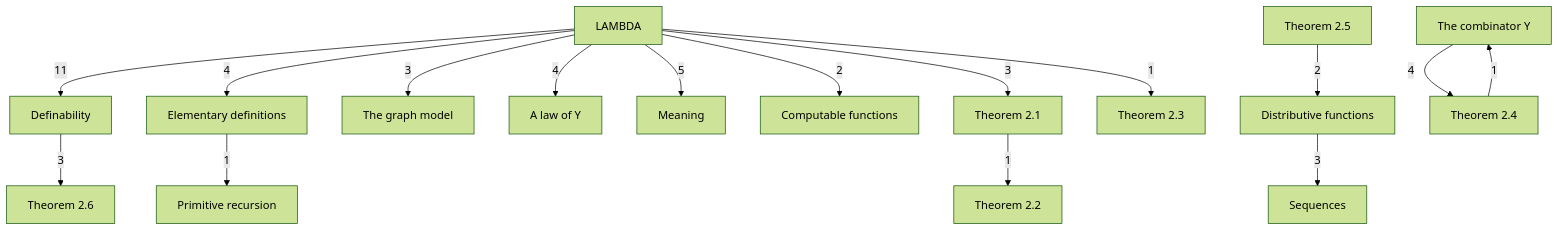
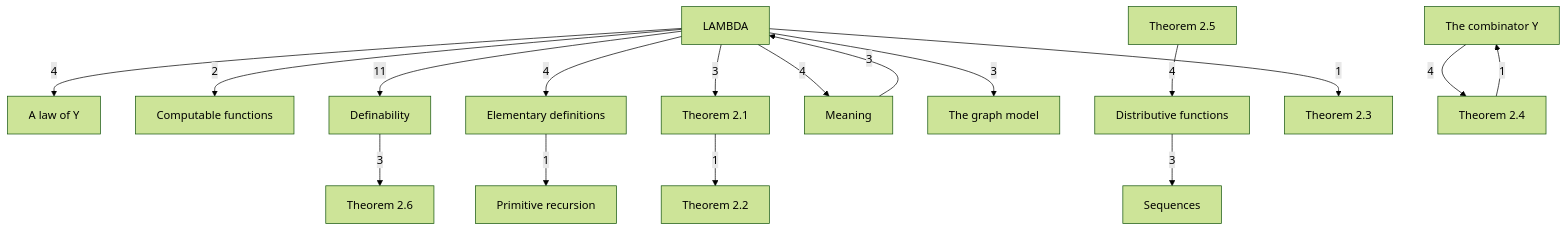
Before and after one commit to catskillsresearch/DomainTheory: the diagram in DomainTheory/DataTypesAsLattices/Lambda/1976_Computability_and_definability.mermaid, drawn with Mermaid (forest theme). The commit also changed 9 other files, not shown here.

First line of the commit message:
Fix section dependency diagrams, captions, and PDF section layout.

```diff
--- a/DomainTheory/DataTypesAsLattices/Lambda/1976_Computability_and_definability.mermaid
+++ b/DomainTheory/DataTypesAsLattices/Lambda/1976_Computability_and_definability.mermaid
@@ -1,49 +1,50 @@
 %% Computability and definability.
 %% Each box is a note. Arrowhead on the importer.
 %% The number is a direct-import count.
 %% An arrow already implied by a longer path is omitted.
 %% Imports of a folder barrel are not counted.
 flowchart TB
 
   LY["A law of Y"]
   REC["Computable functions"]
   DEF["Definability"]
   DOL["Distributive functions"]
   EL["Elementary definitions"]
   LAM["LAMBDA"]
   MEAN["Meaning"]
   PR["Primitive recursion"]
   SEQ["Sequences"]
   YC["The combinator Y"]
   GRA["The graph model"]
   T21["Theorem 2.1"]
   T22["Theorem 2.2"]
   T23["Theorem 2.3"]
   T24["Theorem 2.4"]
   T25["Theorem 2.5"]
   T26["Theorem 2.6"]
 
   LAM -->|"11"| DEF
-  T25 -->|"2"| DOL
+  T25 -->|"4"| DOL
   LAM -->|"4"| EL
   LAM -->|"3"| GRA
+  MEAN -->|"3"| LAM
   LAM -->|"4"| LY
-  LAM -->|"5"| MEAN
+  LAM -->|"4"| MEAN
   EL -->|"1"| PR
   LAM -->|"2"| REC
   DOL -->|"3"| SEQ
   LAM -->|"3"| T21
   T21 -->|"1"| T22
   LAM -->|"1"| T23
   YC -->|"4"| T24
   DEF -->|"3"| T26
   T24 -->|"1"| YC
 
   classDef c1 fill:#dcfce7,stroke:#15803d,color:#14532d
   classDef c2 fill:#cffafe,stroke:#0e7490,color:#164e63
   classDef c3 fill:#fef3c7,stroke:#b45309,color:#78350f
   classDef c4 fill:#fce7f3,stroke:#be185d,color:#831843
   classDef c5 fill:#fee2e2,stroke:#b91c1c,color:#7f1d1d
   classDef c6 fill:#e0e7ff,stroke:#4338ca,color:#312e81
   classDef c7 fill:#ffedd5,stroke:#c2410c,color:#7c2d12
   classDef c8 fill:#ecfccb,stroke:#4d7c0f,color:#365314
```
